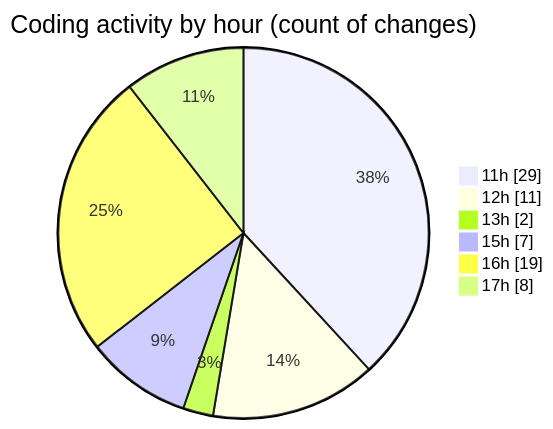
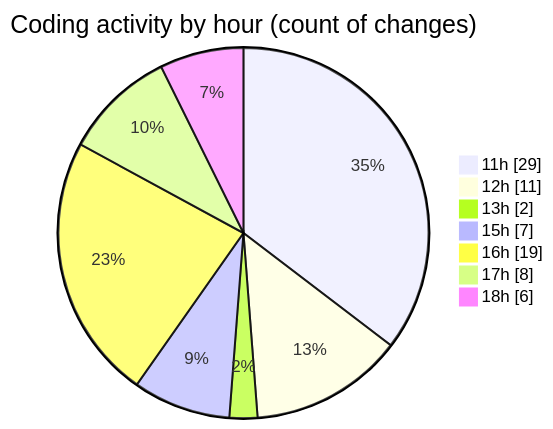
One commit to nxtqubesakshisongat/code-tracking changed the second of 2 diagrams in 2025-11-05/nxtqube_webapp/README.md. Above: the diagram before and after it, drawn with Mermaid. The commit also changed other lines of this file and 1 other file, not shown here.

````diff
--- a/2025-11-05/nxtqube_webapp/README.md
+++ b/2025-11-05/nxtqube_webapp/README.md
@@ -40,10 +40,11 @@
 ```mermaid
 pie showData
 title Coding activity by hour (count of changes)
 "11h" : 29
 "12h" : 11
 "13h" : 2
 "15h" : 7
 "16h" : 19
 "17h" : 8
+"18h" : 6
 ```
````
